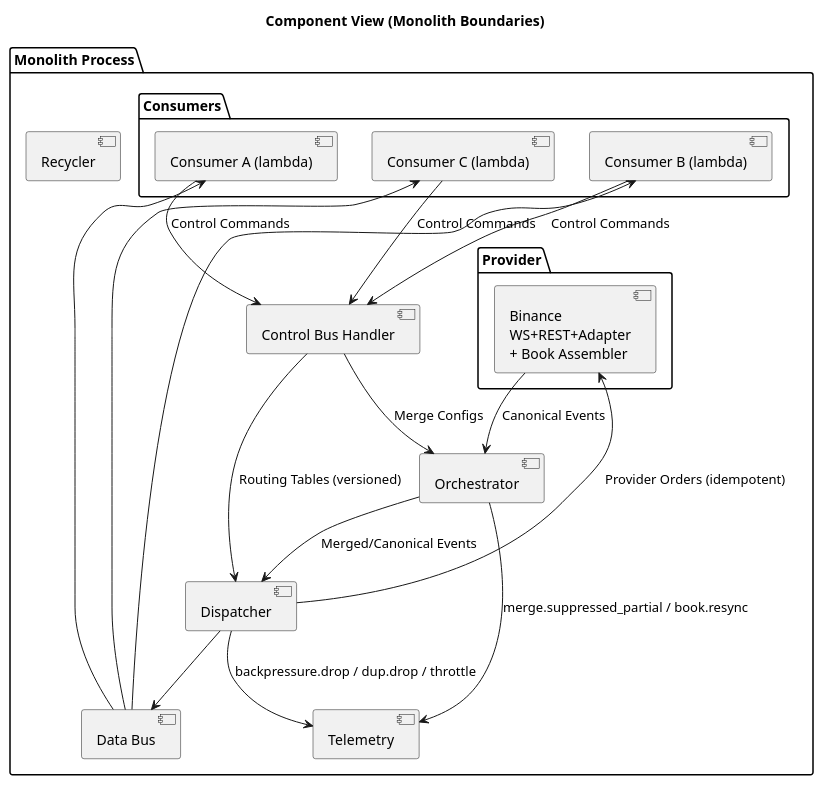
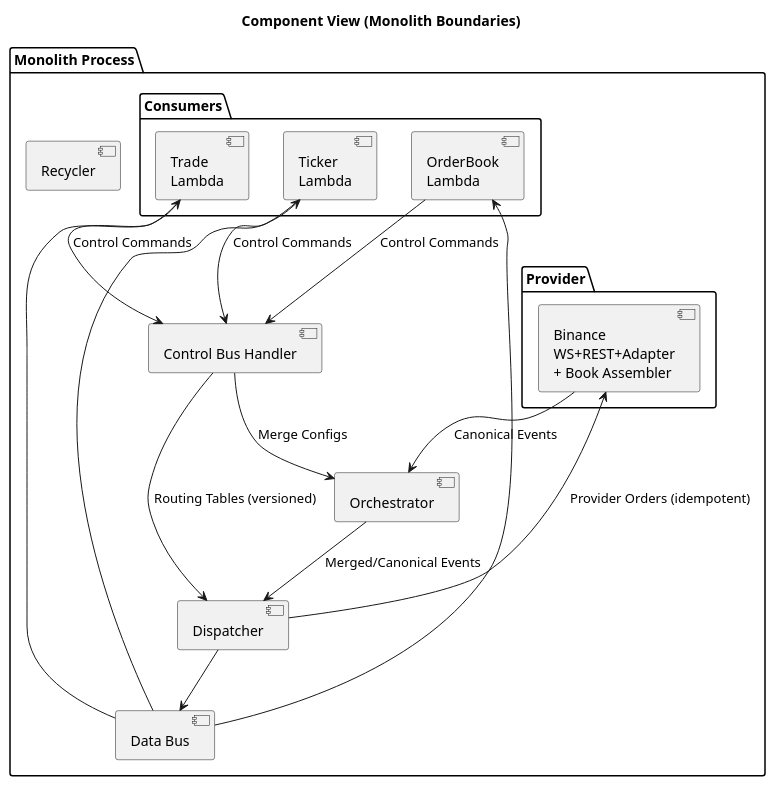
Before and after one commit to coachpo/meltica: the diagram in docs/diagrams/component-view.puml, drawn with PlantUML. The commit also changed 28 other files, not shown here.

```diff
--- a/docs/diagrams/component-view.puml
+++ b/docs/diagrams/component-view.puml
@@ -1,40 +1,37 @@
 @startuml
 title Component View (Monolith Boundaries)
 
 package "Monolith Process" {
   [Control Bus Handler] as Ctrl
   [Orchestrator] as Orc
   [Dispatcher] as Disp
   [Data Bus] as DBus
-  [Telemetry] as Tlm
   [Recycler] as Recycler
 
   package "Provider" {
     component "Binance\nWS+REST+Adapter\n+ Book Assembler" as PO
   }
 
   package "Consumers" {
-    component "Consumer A (lambda)" as CA
-    component "Consumer B (lambda)" as CB
-    component "Consumer C (lambda)" as CC
+    component "Trade\nLambda" as Trade
+    component "Ticker\nLambda" as Ticker
+    component "OrderBook\nLambda" as OrderBook
   }
 }
 
 PO --> Orc : Canonical Events
 Orc --> Disp : Merged/Canonical Events
 Disp --> DBus
-DBus --> CA
-DBus --> CB
-DBus --> CC
+DBus --> Trade
+DBus --> Ticker
+DBus --> OrderBook
 
-CA --> Ctrl : Control Commands
-CB --> Ctrl : Control Commands
-CC --> Ctrl : Control Commands
+Trade --> Ctrl : Control Commands
+Ticker --> Ctrl : Control Commands
+OrderBook --> Ctrl : Control Commands
 Ctrl --> Orc : Merge Configs
 Ctrl --> Disp : Routing Tables (versioned)
 
 Disp --> PO : Provider Orders (idempotent)
 
-Orc --> Tlm : merge.suppressed_partial / book.resync
-Disp --> Tlm : backpressure.drop / dup.drop / throttle
 @enduml
```
